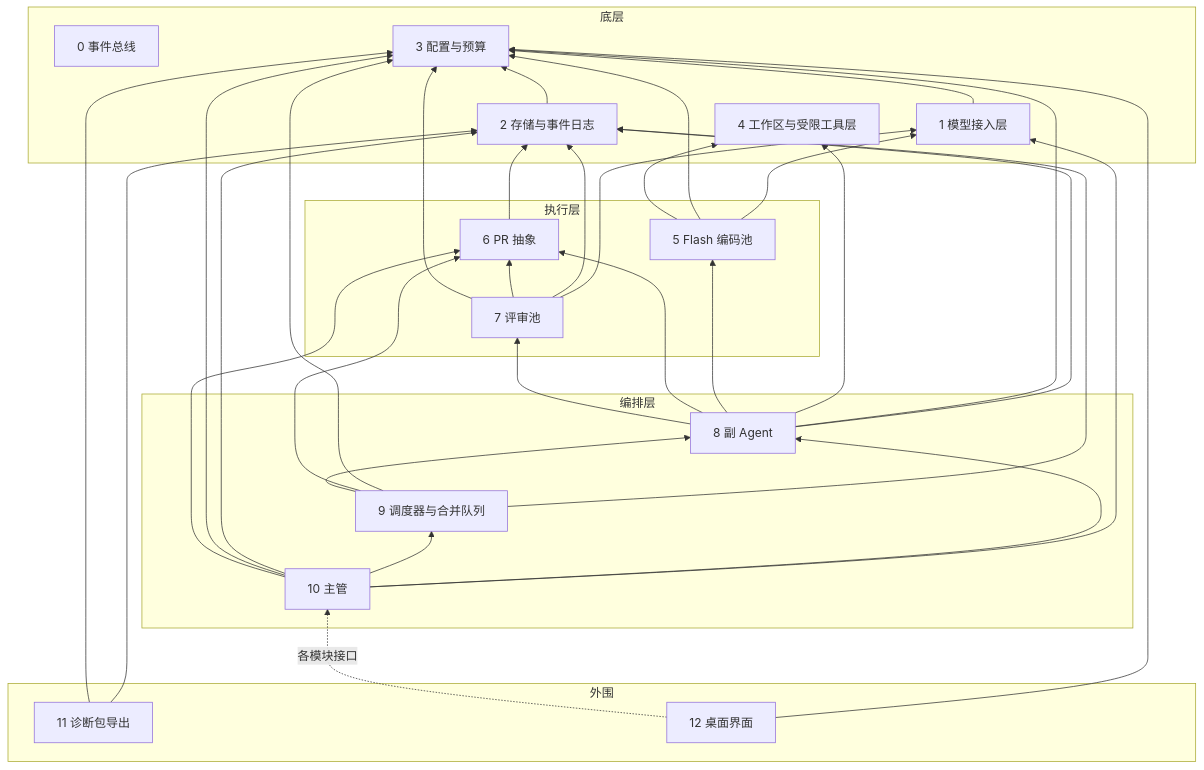
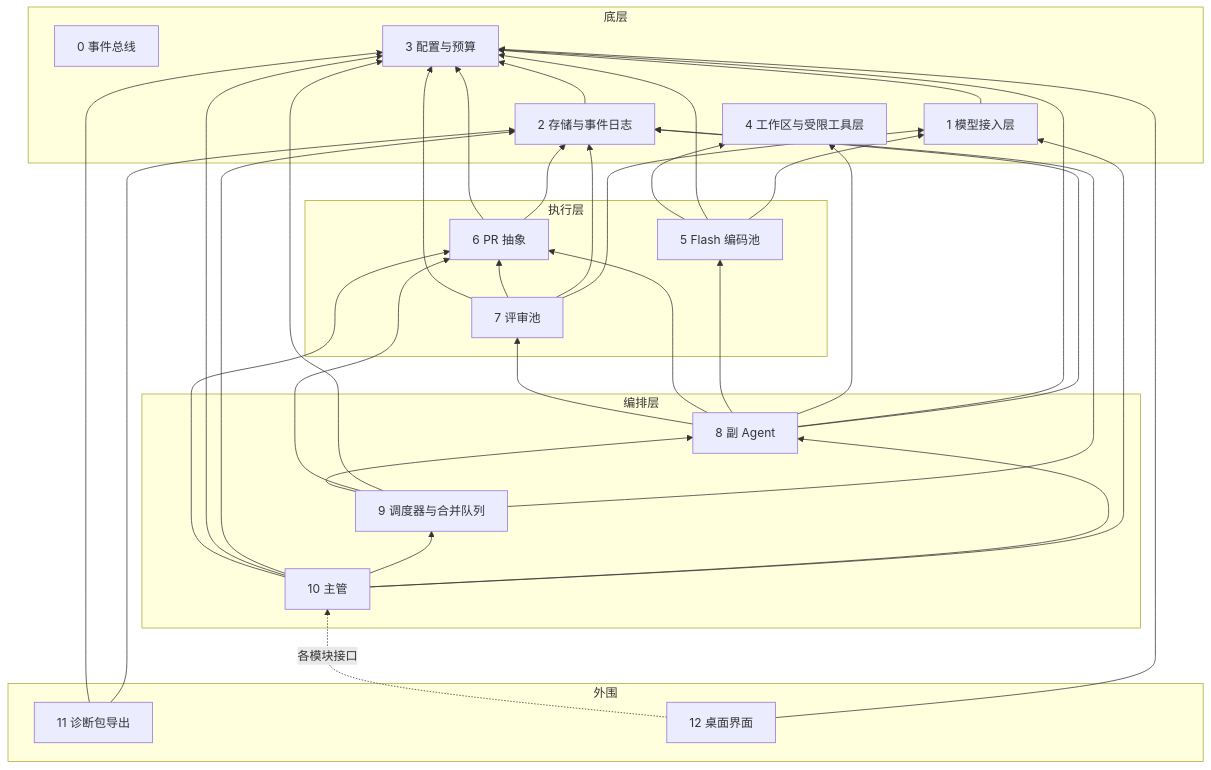
One commit to Akarin7784/BakaCoding changed the diagram in docs/modules.md. Above: the diagram before and after it, drawn with Mermaid. The commit also changed other lines of this file and 3 other files, not shown here.

````diff
--- a/docs/modules.md
+++ b/docs/modules.md
@@ -20,54 +22,55 @@
 ```mermaid
 graph BT
   subgraph 底层
     M0[0 事件总线]
     M1[1 模型接入层]
     M2[2 存储与事件日志]
     M3[3 配置与预算]
     M4[4 工作区与受限工具层]
   end
   subgraph 执行层
     M5[5 Flash 编码池]
     M6[6 PR 抽象]
     M7[7 评审池]
   end
   subgraph 编排层
     M8[8 副 Agent]
     M9[9 调度器与合并队列]
     M10[10 主管]
   end
   subgraph 外围
     M11[11 诊断包导出]
     M12[12 桌面界面]
   end
   M1 --> M3
   M2 --> M3
   M5 --> M1
   M5 --> M3
   M5 --> M4
   M6 --> M2
+  M6 --> M3
   M7 --> M1
   M7 --> M2
   M7 --> M6
   M7 --> M3
   M8 --> M2
   M8 --> M3
   M8 --> M4
   M8 --> M5
   M8 --> M6
   M8 --> M7
   M9 --> M2
   M9 --> M3
   M9 --> M6
   M9 --> M8
   M10 --> M1
   M10 --> M8
   M10 --> M9
   M10 --> M2
   M10 --> M3
   M10 --> M6
   M11 --> M2
   M11 --> M3
   M12 --> M3
   M12 -.->|各模块接口| M10
 ```
````
